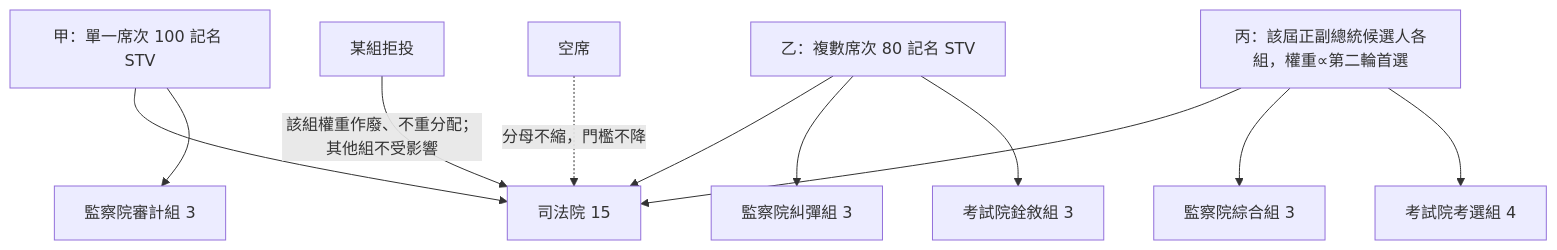
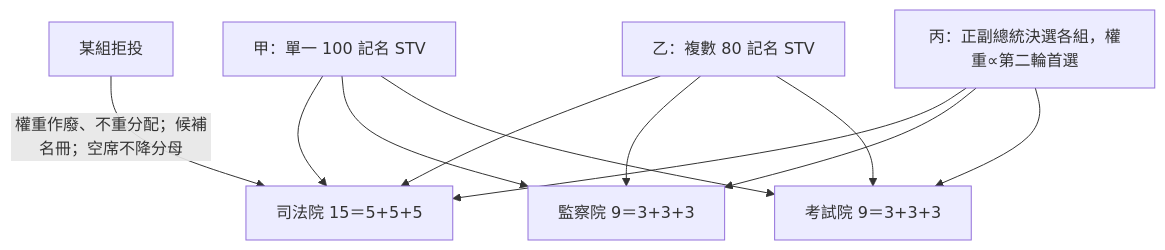
One commit to IRonROOT578/Political-Economy-Research-Public changed the seventh of 10 diagrams in topics/regime-designs/designs/台灣/一院總統制/憲政架構圖.md. Above: the diagram before and after it, drawn with Mermaid. The commit also changed other lines of this file and 128 other files, not shown here.

````diff
--- a/topics/regime-designs/designs/台灣/一院總統制/憲政架構圖.md
+++ b/topics/regime-designs/designs/台灣/一院總統制/憲政架構圖.md
@@ -95,13 +95,13 @@
 ```mermaid
 flowchart TD
-  A[甲：單一席次 100 記名 STV] --> J[司法院 15]
-  B[乙：複數席次 80 記名 STV] --> J
-  C[丙：該屆正副總統候選人各組，權重∝第二輪首選] --> J
-  C --> S[監察院綜合組 3]
-  A --> S2[監察院審計組 3]
-  B --> S3[監察院糾彈組 3]
-  C --> E[考試院考選組 4]
-  B --> E2[考試院銓敘組 3]
-  Boy[某組拒投] -->|該組權重作廢、不重分配；其他組不受影響| J
-  Vac[空席] -.->|分母不縮，門檻不降| J
+  A[甲：單一 100 記名 STV] --> J[司法院 15＝5+5+5]
+  B[乙：複數 80 記名 STV] --> J
+  C[丙：正副總統決選各組，權重∝第二輪首選] --> J
+  A --> S[監察院 9＝3+3+3]
+  B --> S
+  C --> S
+  A --> E[考試院 9＝3+3+3]
+  B --> E
+  C --> E
+  Boy[某組拒投] -->|權重作廢、不重分配；候補名冊；空席不降分母| J
 ```
````
